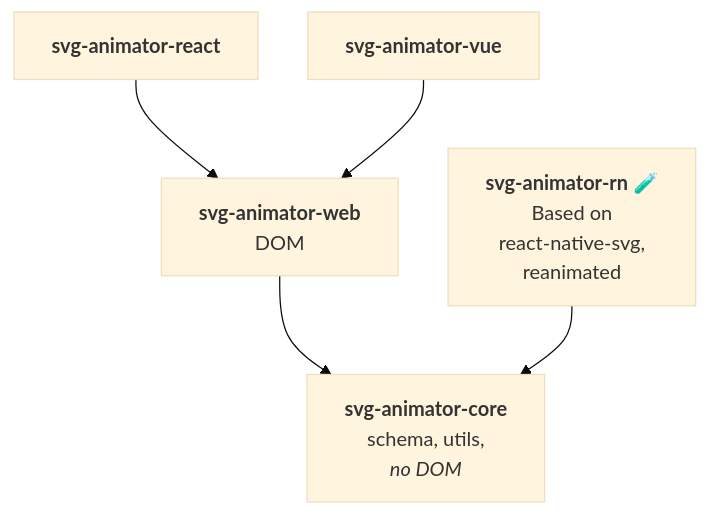
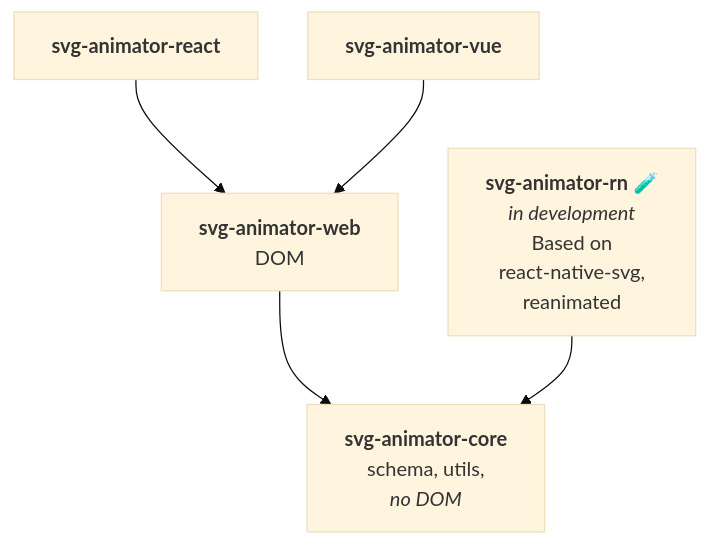
The third of 3 diagrams in docs/01-start--introduction.md (pixodesk/pixodesk-svg-animator), drawn with Mermaid before and after one commit. The commit also changed other lines of this file and 7 other files, not shown here.

````diff
--- a/docs/01-start--introduction.md
+++ b/docs/01-start--introduction.md
@@ -106,14 +106,14 @@
 ```mermaid
 %%{init: {'theme':'base', 'flowchart':{'nodeSpacing': 40, 'rankSpacing': 55, 'curve': 'basis'}}}%%
 flowchart TD
     Core["<b>svg-animator-core</b><br/>schema, utils,<br/><i>no DOM</i>"]
     Web["<b>svg-animator-web</b><br/>DOM"]
-    RN["<b>svg-animator-rn</b> 🧪<br/>Based on <br/>react-native-svg,<br/>reanimated"]
+    RN["<b>svg-animator-rn</b> 🧪<br/><i>in development</i><br/>Based on <br/>react-native-svg,<br/>reanimated"]
     React["<b>svg-animator-react</b>"]
     Vue["<b>svg-animator-vue</b>"]
 
     React --> Web
     Vue --> Web
     Web --> Core
     RN --> Core
 ```
````
